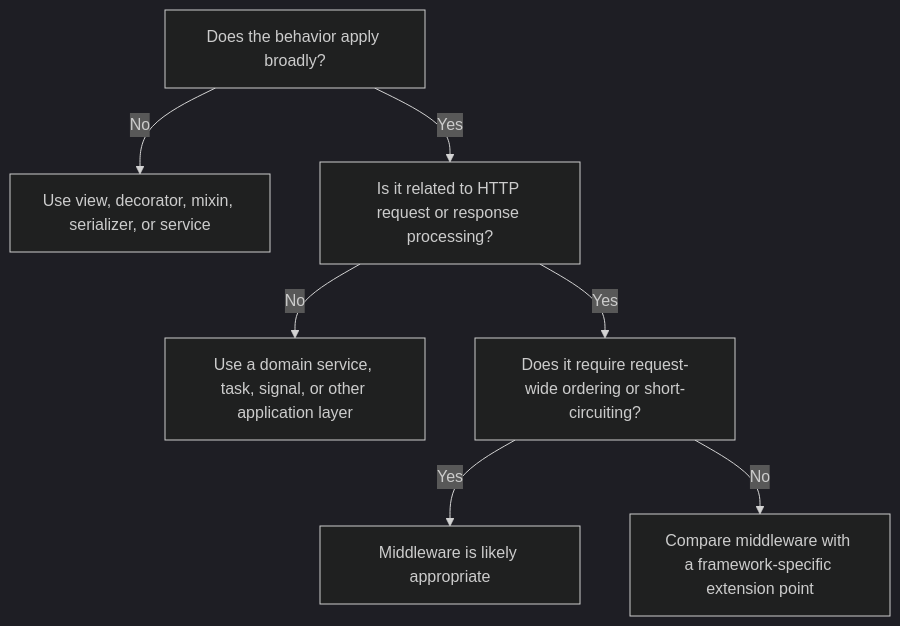
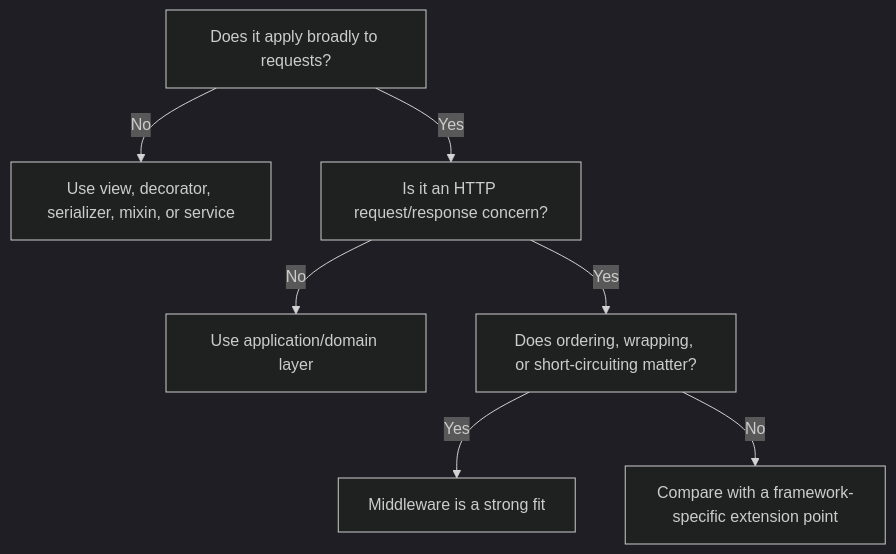
The fourth of 4 diagrams in src/content/django/middleware.md (AvadhBhalodiya/Interview-Preparation), drawn with Mermaid (dark theme) before and after one commit. The commit also changed other lines of this file and 80 other files, not shown here.

````diff
--- a/src/content/django/middleware.md
+++ b/src/content/django/middleware.md
@@ -1093,9 +529,9 @@
 ```mermaid
 flowchart TD
-    A[Does the behavior apply broadly?] -->|No| B[Use view, decorator, mixin, serializer, or service]
-    A -->|Yes| C[Is it related to HTTP request or response processing?]
-    C -->|No| D[Use a domain service, task, signal, or other application layer]
-    C -->|Yes| E[Does it require request-wide ordering or short-circuiting?]
-    E -->|Yes| F[Middleware is likely appropriate]
-    E -->|No| G[Compare middleware with a framework-specific extension point]
+    A[Does it apply broadly to requests?] -->|No| B[Use view, decorator, serializer, mixin, or service]
+    A -->|Yes| C[Is it an HTTP request/response concern?]
+    C -->|No| D[Use application/domain layer]
+    C -->|Yes| E[Does ordering, wrapping, or short-circuiting matter?]
+    E -->|Yes| F[Middleware is a strong fit]
+    E -->|No| G[Compare with a framework-specific extension point]
 ```
````
